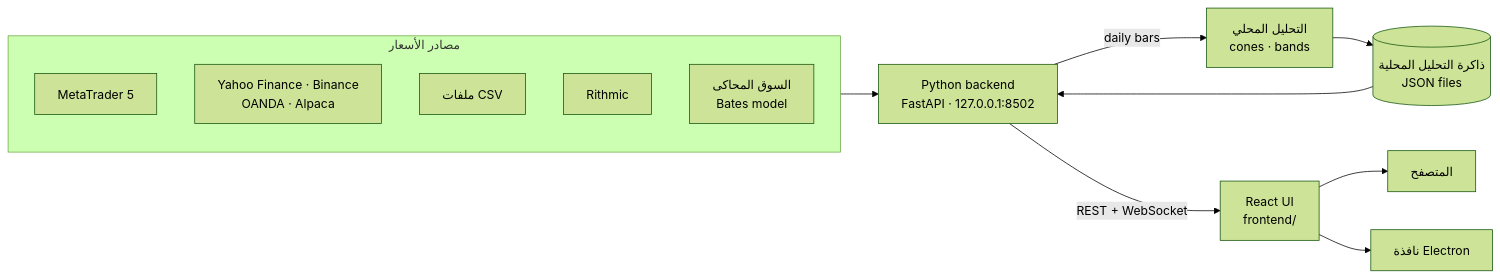
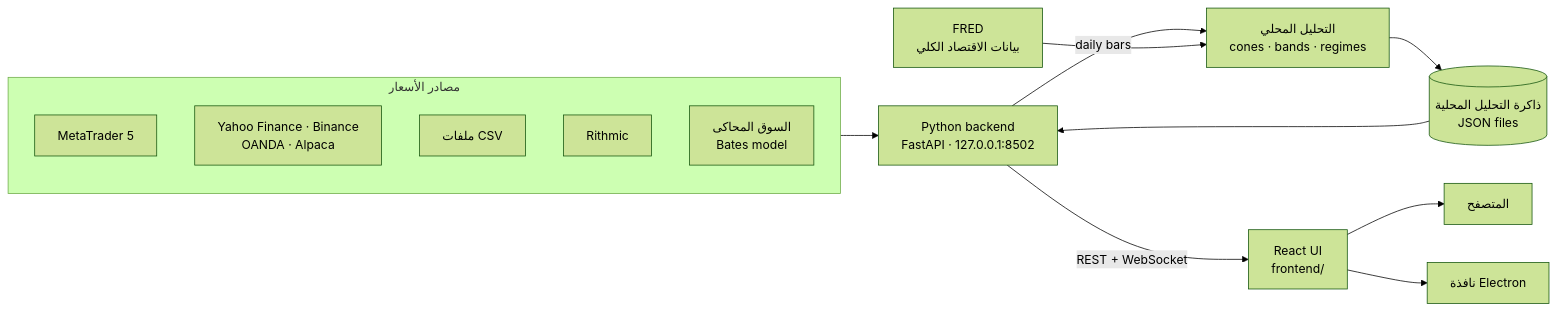
The diagram in README.ar.md (wJubran/QuantumTerminal), drawn with Mermaid (forest theme) before and after one commit. The commit also changed other lines of this file and 15 other files, not shown here.

````diff
--- a/README.ar.md
+++ b/README.ar.md
@@ -447,18 +477,19 @@
 ```mermaid
 flowchart LR
     subgraph feeds["مصادر الأسعار"]
         MT5["MetaTrader 5"]
         NET["Yahoo Finance · Binance<br/>OANDA · Alpaca"]
         CSV["ملفات CSV"]
         RITH["Rithmic"]
         SIM["السوق المحاكى<br/>Bates model"]
     end
     CACHE[("ذاكرة التحليل المحلية<br/>JSON files")]
     feeds --> API["Python backend<br/>FastAPI · 127.0.0.1:8502"]
-    API -- "daily bars" --> ENGINE["التحليل المحلي<br/>cones · bands"]
+    API -- "daily bars" --> ENGINE["التحليل المحلي<br/>cones · bands · regimes"]
+    FRED["FRED<br/>بيانات الاقتصاد الكلي"] --> ENGINE
     ENGINE --> CACHE
     CACHE --> API
     API -- "REST + WebSocket" --> UI["React UI<br/>frontend/"]
     UI --> BROWSER["المتصفح"]
     UI --> ELECTRON["نافذة Electron"]
 ```
````
